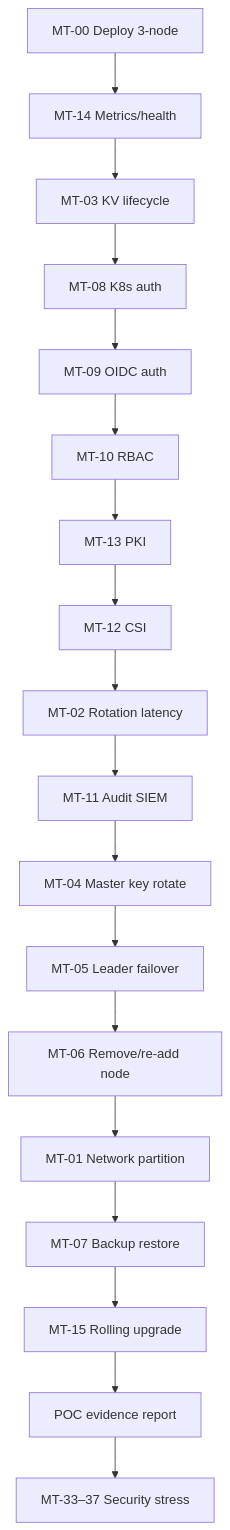
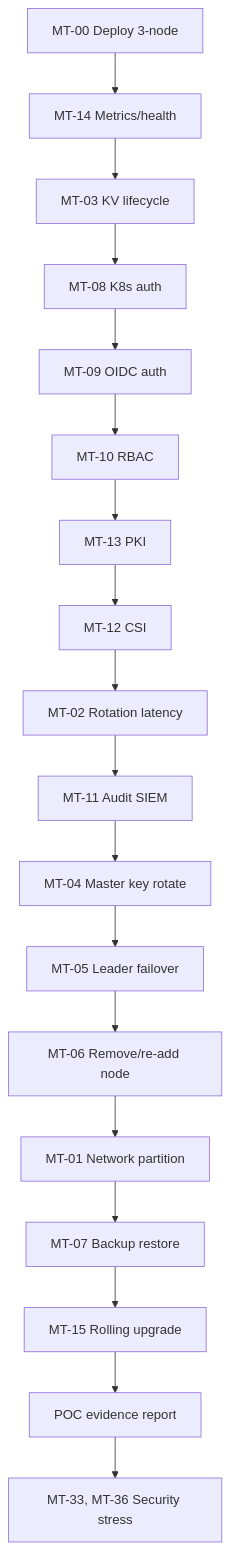
One commit to kubenexis/knxvault changed the first of 3 diagrams in docs/engineering/manual-testing-strategy.md. Above: the diagram before and after it, drawn with Mermaid. The commit also changed other lines of this file and 1 other file, not shown here.

````diff
--- a/docs/engineering/manual-testing-strategy.md
+++ b/docs/engineering/manual-testing-strategy.md
@@ -2335,26 +1972,26 @@
 ```mermaid
 flowchart TD
   mt00[MT-00 Deploy 3-node]
   mt14[MT-14 Metrics/health]
   mt03[MT-03 KV lifecycle]
   mt08[MT-08 K8s auth]
   mt09[MT-09 OIDC auth]
   mt10[MT-10 RBAC]
   mt13[MT-13 PKI]
   mt12[MT-12 CSI]
   mt02[MT-02 Rotation latency]
   mt11[MT-11 Audit SIEM]
   mt04[MT-04 Master key rotate]
   mt05[MT-05 Leader failover]
   mt06[MT-06 Remove/re-add node]
   mt01[MT-01 Network partition]
   mt07[MT-07 Backup restore]
   mt15[MT-15 Rolling upgrade]
   report[POC evidence report]
 
   mt00 --> mt14 --> mt03
   mt03 --> mt08 --> mt09 --> mt10
   mt10 --> mt13 --> mt12 --> mt02 --> mt11
   mt11 --> mt04 --> mt05 --> mt06 --> mt01 --> mt07 --> mt15 --> report
-  report --> stress[MT-33–37 Security stress]
+  report --> stress[MT-33, MT-36 Security stress]
 ```
````
